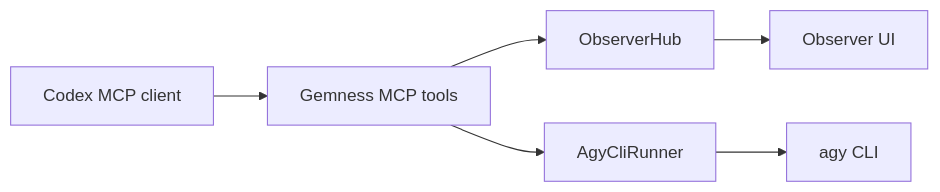
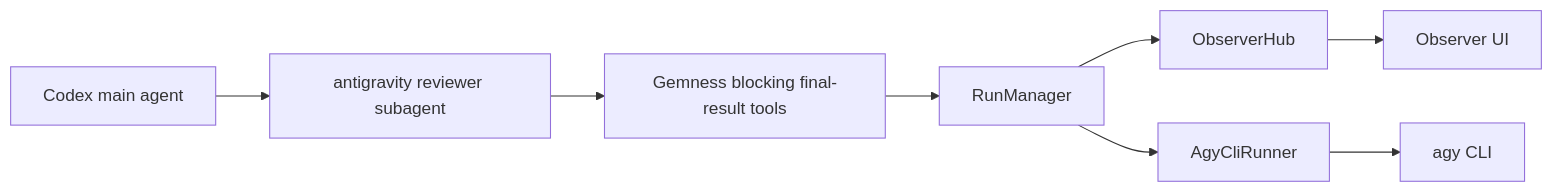
The diagram in docs/antigravity-observer.md (jisoq/gemness), drawn with Mermaid before and after one commit. The commit also changed other lines of this file and 25 other files, not shown here.

First line of the commit message:
[codex] Route Antigravity reviews through subagent flow (#2)

````diff
--- a/docs/antigravity-observer.md
+++ b/docs/antigravity-observer.md
@@ -7,8 +7,10 @@
 ```mermaid
 flowchart LR
-  Codex["Codex MCP client"] --> Tools["Gemness MCP tools"]
-  Tools --> Hub["ObserverHub"]
-  Tools --> Runner["AgyCliRunner"]
+  Main["Codex main agent"] --> Reviewer["antigravity reviewer subagent"]
+  Reviewer --> Tools["Gemness blocking final-result tools"]
+  Tools --> Manager["RunManager"]
+  Manager --> Hub["ObserverHub"]
+  Manager --> Runner["AgyCliRunner"]
   Runner --> Agy["agy CLI"]
   Hub --> Web["Observer UI"]
 ```
````
